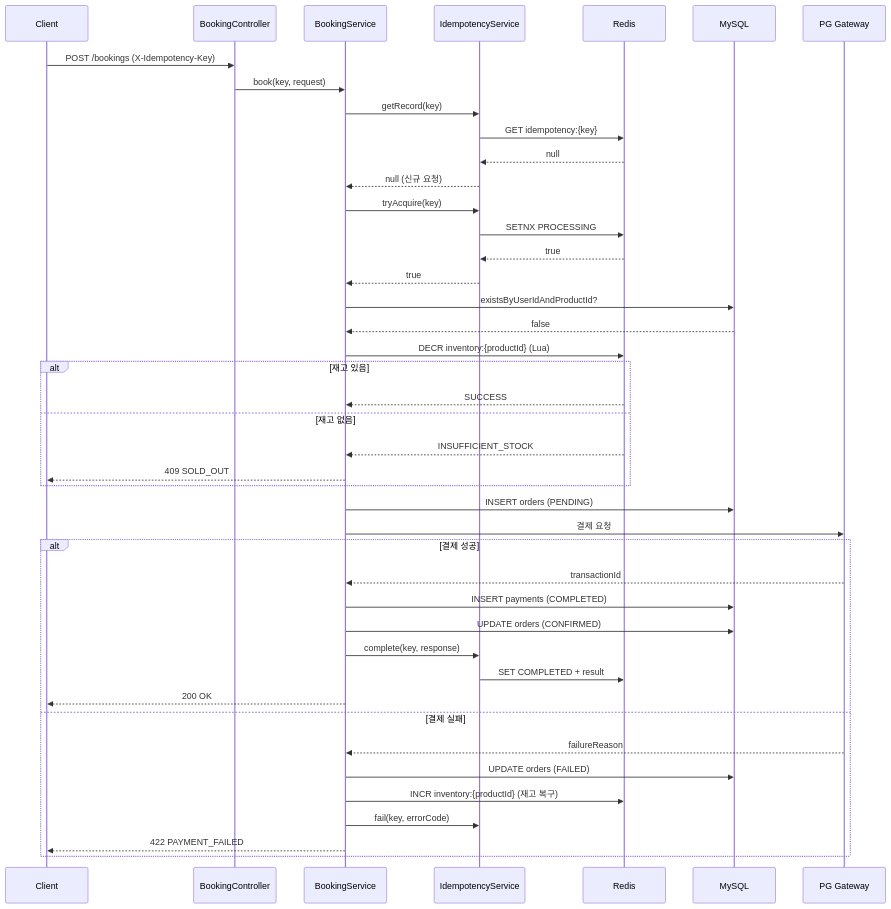
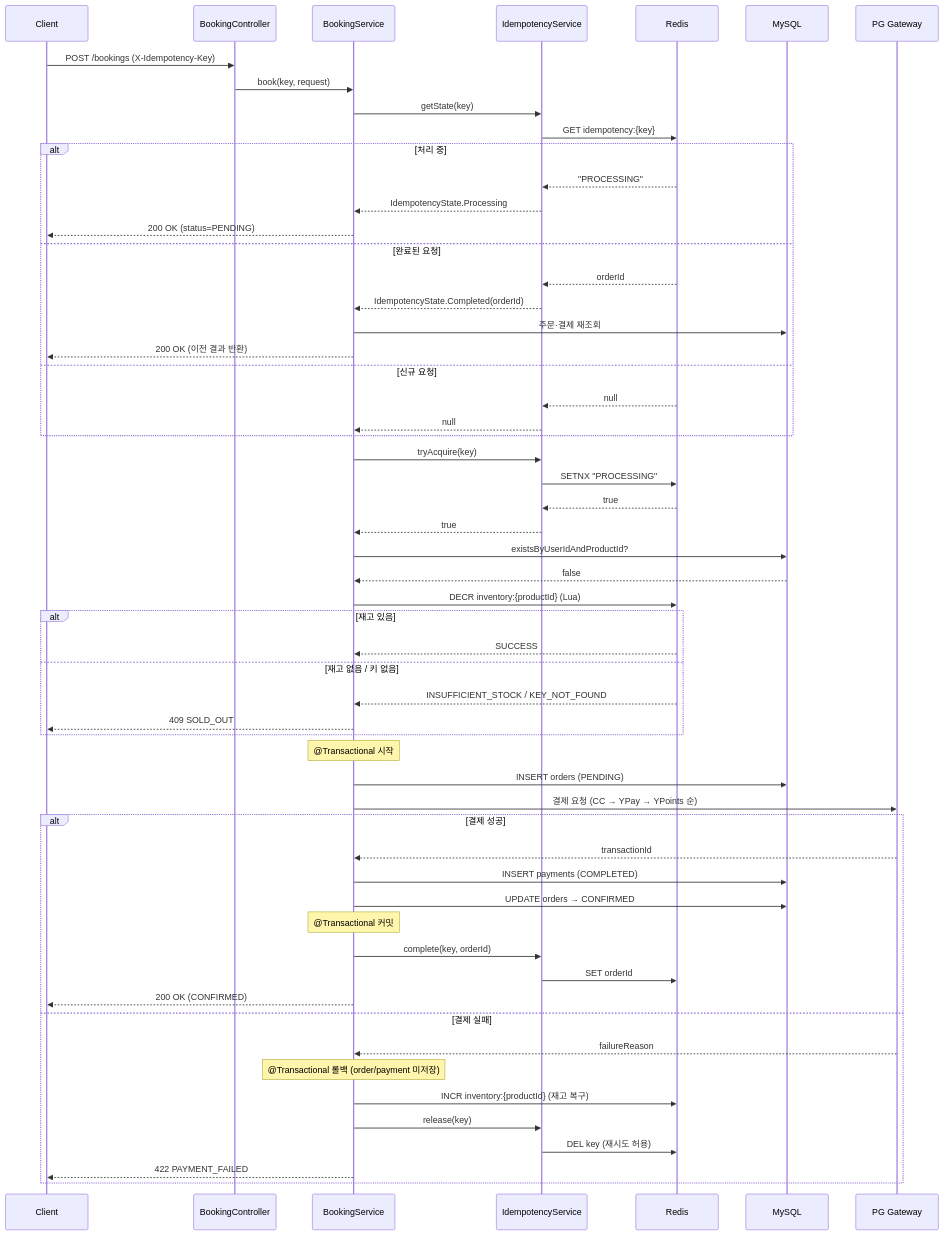
Before and after one commit to arsgsg1/mybooking: the first of 3 diagrams in README.md, drawn with Mermaid. The commit also changed other lines of this file, not shown here.

````diff
--- a/README.md
+++ b/README.md
@@ -77,51 +156,66 @@
 ```mermaid
 sequenceDiagram
     participant C as Client
     participant BC as BookingController
     participant BS as BookingService
     participant IS as IdempotencyService
     participant Redis
     participant DB as MySQL
     participant PG as PG Gateway
 
     C->>BC: POST /bookings (X-Idempotency-Key)
     BC->>BS: book(key, request)
 
-    BS->>IS: getRecord(key)
+    BS->>IS: getState(key)
     IS->>Redis: GET idempotency:{key}
-    Redis-->>IS: null
-    IS-->>BS: null (신규 요청)
+
+    alt 처리 중
+        Redis-->>IS: "PROCESSING"
+        IS-->>BS: IdempotencyState.Processing
+        BS-->>C: 200 OK (status=PENDING)
+    else 완료된 요청
+        Redis-->>IS: orderId
+        IS-->>BS: IdempotencyState.Completed(orderId)
+        BS->>DB: 주문·결제 재조회
+        BS-->>C: 200 OK (이전 결과 반환)
+    else 신규 요청
+        Redis-->>IS: null
+        IS-->>BS: null
+    end
 
     BS->>IS: tryAcquire(key)
-    IS->>Redis: SETNX PROCESSING
+    IS->>Redis: SETNX "PROCESSING"
     Redis-->>IS: true
     IS-->>BS: true
 
     BS->>DB: existsByUserIdAndProductId?
     DB-->>BS: false
 
     BS->>Redis: DECR inventory:{productId} (Lua)
     alt 재고 있음
         Redis-->>BS: SUCCESS
-    else 재고 없음
-        Redis-->>BS: INSUFFICIENT_STOCK
+    else 재고 없음 / 키 없음
+        Redis-->>BS: INSUFFICIENT_STOCK / KEY_NOT_FOUND
         BS-->>C: 409 SOLD_OUT
     end
 
+    Note over BS: @Transactional 시작
     BS->>DB: INSERT orders (PENDING)
-    BS->>PG: 결제 요청
+    BS->>PG: 결제 요청 (CC → YPay → YPoints 순)
     alt 결제 성공
         PG-->>BS: transactionId
         BS->>DB: INSERT payments (COMPLETED)
-        BS->>DB: UPDATE orders (CONFIRMED)
-        BS->>IS: complete(key, response)
-        IS->>Redis: SET COMPLETED + result
-        BS-->>C: 200 OK
+        BS->>DB: UPDATE orders → CONFIRMED
+        Note over BS: @Transactional 커밋
+        BS->>IS: complete(key, orderId)
+        IS->>Redis: SET orderId
+        BS-->>C: 200 OK (CONFIRMED)
     else 결제 실패
         PG-->>BS: failureReason
-        BS->>DB: UPDATE orders (FAILED)
+        Note over BS: @Transactional 롤백 (order/payment 미저장)
         BS->>Redis: INCR inventory:{productId} (재고 복구)
-        BS->>IS: fail(key, errorCode)
+        BS->>IS: release(key)
+        IS->>Redis: DEL key (재시도 허용)
         BS-->>C: 422 PAYMENT_FAILED
     end
 ```
````
